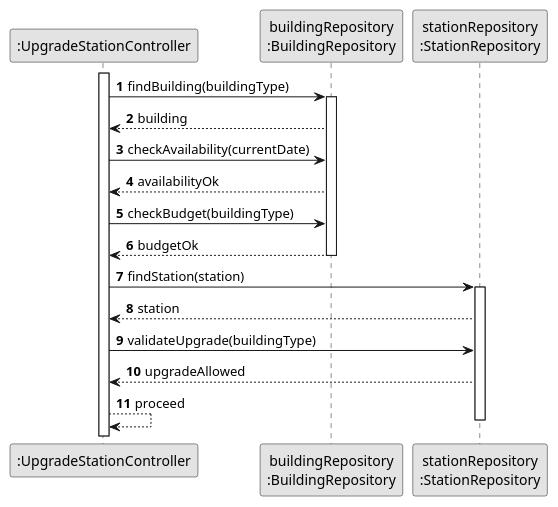
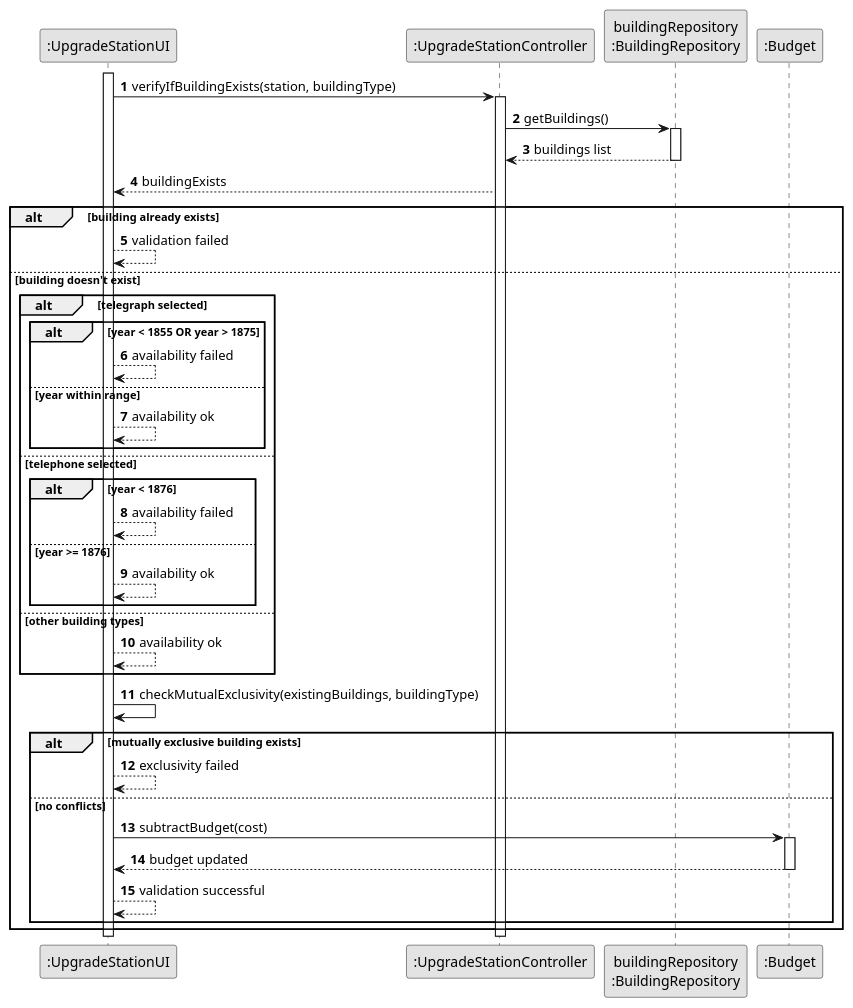
The diagram in docs/system-documentation/US006/03.design/puml/US006-SD-validateUpgrade.puml (goncalolopesp/sem2-pi-24.25-g093-repo), drawn with PlantUML before and after one commit. The commit also changed 13 other files, not shown here.

```diff
--- a/docs/system-documentation/US006/03.design/puml/US006-SD-validateUpgrade.puml
+++ b/docs/system-documentation/US006/03.design/puml/US006-SD-validateUpgrade.puml
@@ -1,33 +1,59 @@
 @startuml US006-SD-validateUpgrade
 skinparam monochrome true
 skinparam packageStyle rectangle
 skinparam shadowing false
+
 autonumber
 
+participant ":UpgradeStationUI" as UpgradeStationUI
 participant ":UpgradeStationController" as UpgradeStationController
-participant "buildingRepository\n:BuildingRepository" as buildingRepository
-participant "stationRepository\n:StationRepository" as stationRepository
+participant "buildingRepository\n:BuildingRepository" as BuildingRepository
+participant ":Budget" as Budget
 
+activate UpgradeStationUI
+UpgradeStationUI -> UpgradeStationController : verifyIfBuildingExists(station, buildingType)
 activate UpgradeStationController
 
-UpgradeStationController -> buildingRepository : findBuilding(buildingType)
-activate buildingRepository
-buildingRepository --> UpgradeStationController : building
+UpgradeStationController -> BuildingRepository : getBuildings()
+activate BuildingRepository
+BuildingRepository --> UpgradeStationController : buildings list
+deactivate BuildingRepository
 
+UpgradeStationController --> UpgradeStationUI : buildingExists
 
-UpgradeStationController -> buildingRepository : checkAvailability(currentDate)
-buildingRepository --> UpgradeStationController : availabilityOk
+alt building already exists
+    UpgradeStationUI --> UpgradeStationUI : validation failed
+else building doesn't exist
+    alt telegraph selected
+        alt year < 1855 OR year > 1875
+            UpgradeStationUI --> UpgradeStationUI : availability failed
+        else year within range
+            UpgradeStationUI --> UpgradeStationUI : availability ok
+        end
+    else telephone selected
+        alt year < 1876
+            UpgradeStationUI --> UpgradeStationUI : availability failed
+        else year >= 1876
+            UpgradeStationUI --> UpgradeStationUI : availability ok
+        end
+    else other building types
+        UpgradeStationUI --> UpgradeStationUI : availability ok
+    end
+    UpgradeStationUI -> UpgradeStationUI : checkMutualExclusivity(existingBuildings, buildingType)
 
-UpgradeStationController -> buildingRepository : checkBudget(buildingType)
-buildingRepository --> UpgradeStationController : budgetOk
-deactivate buildingRepository
-UpgradeStationController -> stationRepository : findStation(station)
-activate stationRepository
-stationRepository --> UpgradeStationController : station
+    alt mutually exclusive building exists
+        UpgradeStationUI --> UpgradeStationUI : exclusivity failed
+    else no conflicts
+        UpgradeStationUI -> Budget : subtractBudget(cost)
+        activate Budget
+        Budget --> UpgradeStationUI : budget updated
+        deactivate Budget
 
-UpgradeStationController -> stationRepository : validateUpgrade(buildingType)
-stationRepository --> UpgradeStationController : upgradeAllowed
-UpgradeStationController --> UpgradeStationController: proceed
-deactivate stationRepository
+        UpgradeStationUI --> UpgradeStationUI : validation successful
+    end
+end
+
+deactivate UpgradeStationController
+deactivate UpgradeStationUI
 
 @enduml
```
